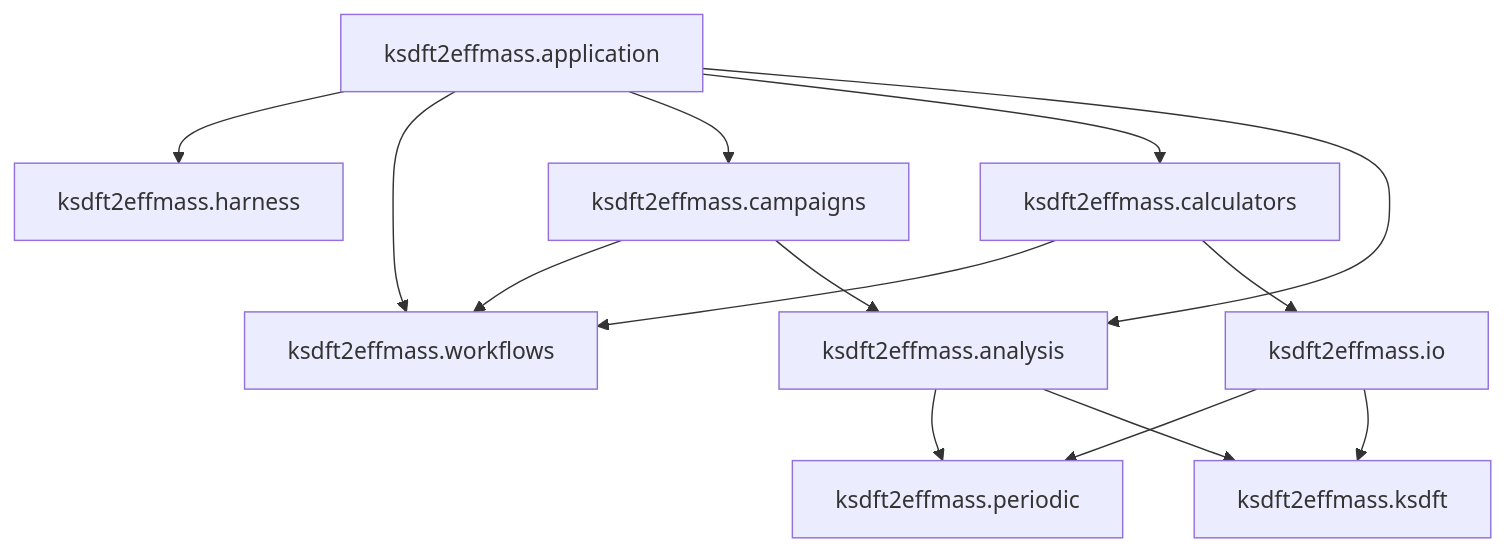
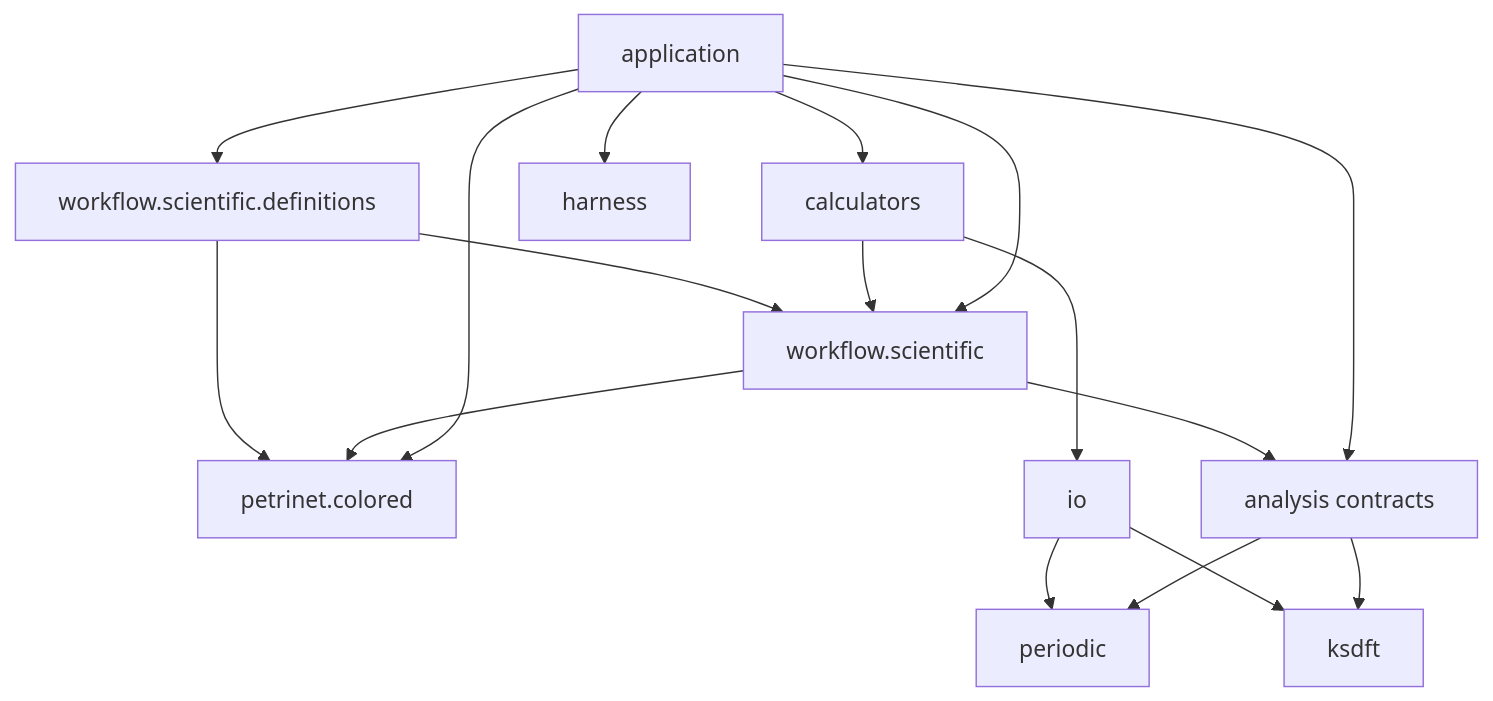
The diagram in docs/architecture/v2/repository-layout.md (eragasa/ksdft2effmass), drawn with Mermaid before and after one commit. The commit also changed other lines of this file and 85 other files, not shown here.

Commit message:
docs(architecture): define workflow and harness agent v2

````diff
--- a/docs/architecture/v2/repository-layout.md
+++ b/docs/architecture/v2/repository-layout.md
@@ -40,16 +43,19 @@
 ```mermaid
 flowchart TD
-    campaigns["ksdft2effmass.campaigns"] --> workflows["ksdft2effmass.workflows"]
-    campaigns --> analysis["ksdft2effmass.analysis"]
-    calculators["ksdft2effmass.calculators"] --> workflows
-    calculators --> io["ksdft2effmass.io"]
-    io --> periodic["ksdft2effmass.periodic"]
-    io --> ksdft["ksdft2effmass.ksdft"]
+    definitions["workflow.scientific.definitions"] --> scientific["workflow.scientific"]
+    definitions --> colored["petrinet.colored"]
+    scientific --> colored
+    scientific --> analysis["analysis contracts"]
+    calculators["calculators"] --> scientific
+    calculators --> io["io"]
+    io --> periodic["periodic"]
+    io --> ksdft["ksdft"]
     analysis --> periodic
     analysis --> ksdft
-    composition["ksdft2effmass.application"] --> harness["ksdft2effmass.harness"]
-    composition --> workflows
-    composition --> campaigns
+    composition["application"] --> harness["harness"]
+    composition --> scientific
+    composition --> definitions
+    composition --> colored
     composition --> calculators
     composition --> analysis
 ```
````
